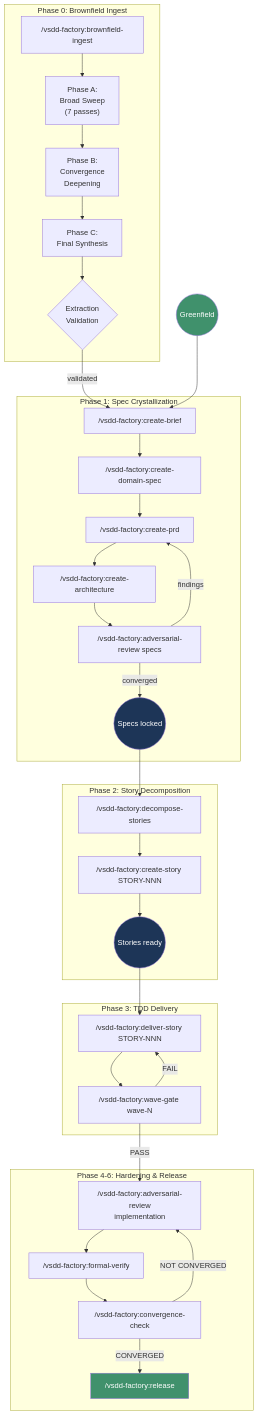
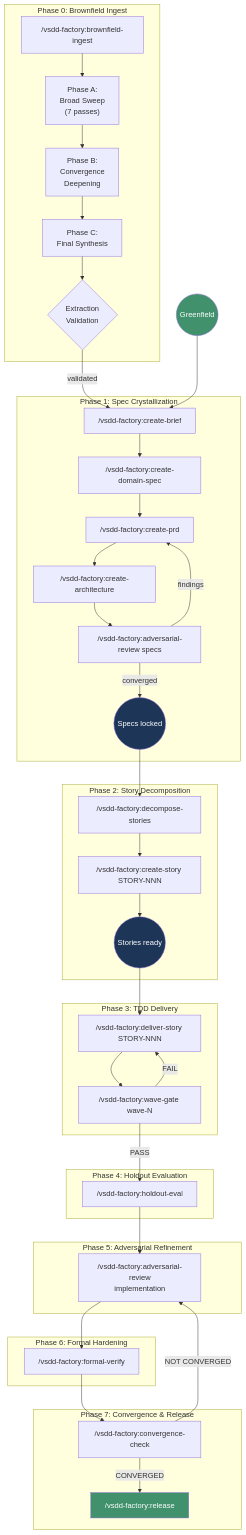
One commit to drbothen/vsdd-factory changed the diagram in docs/guide/pipeline-overview.md. Above: the diagram before and after it, drawn with Mermaid. The commit also changed other lines of this file and 10 other files, not shown here.

````diff
--- a/docs/guide/pipeline-overview.md
+++ b/docs/guide/pipeline-overview.md
@@ -11,56 +11,67 @@
 ```mermaid
 graph TD
     subgraph "Phase 0: Brownfield Ingest"
         BI["/vsdd-factory:brownfield-ingest"]
         BI --> BA["Phase A:\nBroad Sweep\n(7 passes)"]
         BA --> BB["Phase B:\nConvergence\nDeepening"]
         BB --> BC["Phase C:\nFinal Synthesis"]
         BC --> BV{"Extraction\nValidation"}
     end
 
     subgraph "Phase 1: Spec Crystallization"
         CB["/vsdd-factory:create-brief"]
         CDS["/vsdd-factory:create-domain-spec"]
         CP["/vsdd-factory:create-prd"]
         CA["/vsdd-factory:create-architecture"]
         AR1["/vsdd-factory:adversarial-review specs"]
         CB --> CDS --> CP --> CA --> AR1
         AR1 -->|"findings"| CP
         AR1 -->|"converged"| P1DONE(("Specs locked"))
     end
 
     subgraph "Phase 2: Story Decomposition"
         DS["/vsdd-factory:decompose-stories"]
         CS["/vsdd-factory:create-story STORY-NNN"]
         DS --> CS
         CS --> P2DONE(("Stories ready"))
     end
 
     subgraph "Phase 3: TDD Delivery"
         DEL["/vsdd-factory:deliver-story STORY-NNN"]
         WG["/vsdd-factory:wave-gate wave-N"]
         DEL --> WG
         WG -->|"FAIL"| DEL
     end
 
-    subgraph "Phase 4-6: Hardening & Release"
+    subgraph "Phase 4: Holdout Evaluation"
+        HE["/vsdd-factory:holdout-eval"]
+    end
+
+    subgraph "Phase 5: Adversarial Refinement"
         AR2["/vsdd-factory:adversarial-review\nimplementation"]
+    end
+
+    subgraph "Phase 6: Formal Hardening"
         FV["/vsdd-factory:formal-verify"]
+    end
+
+    subgraph "Phase 7: Convergence & Release"
         CC["/vsdd-factory:convergence-check"]
         REL["/vsdd-factory:release"]
-        AR2 --> FV --> CC
         CC -->|"NOT CONVERGED"| AR2
         CC -->|"CONVERGED"| REL
     end
+
+    HE --> AR2 --> FV --> CC
 
     BV -->|"validated"| CB
     START(("Greenfield")) --> CB
     P1DONE --> DS
     P2DONE --> DEL
-    WG -->|"PASS"| AR2
+    WG -->|"PASS"| HE
 
     style START fill:#40916c,color:#fff
     style P1DONE fill:#1d3557,color:#fff
     style P2DONE fill:#1d3557,color:#fff
     style REL fill:#40916c,color:#fff
 ```
````
